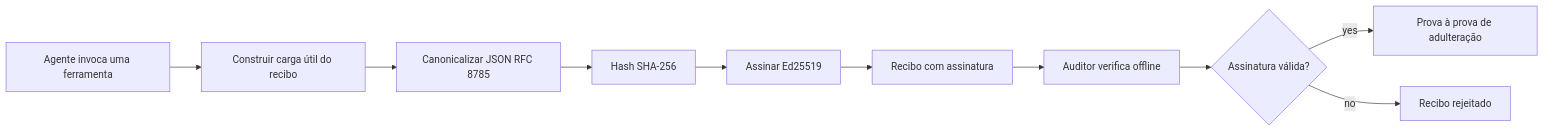
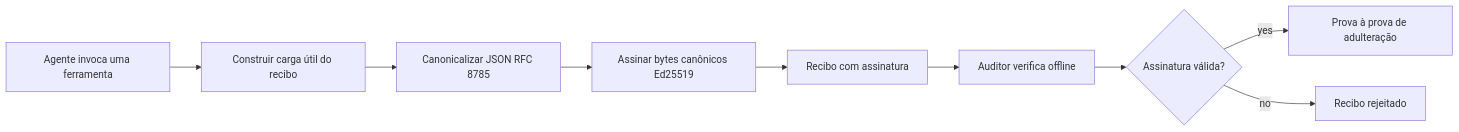
Before and after one commit to microsoft/ai-agents-for-beginners: the first of 2 diagrams in translations/pt-BR/18-securing-ai-agents/README.md, drawn with Mermaid. The commit also changed other lines of this file and 46 other files, not shown here.

````diff
--- a/translations/pt-BR/18-securing-ai-agents/README.md
+++ b/translations/pt-BR/18-securing-ai-agents/README.md
@@ -51,12 +51,11 @@
 ```mermaid
 flowchart LR
     A[Agente invoca uma ferramenta] --> B[Construir carga útil do recibo]
     B --> C[Canonicalizar JSON RFC 8785]
-    C --> D[Hash SHA-256]
-    D --> E[Assinar Ed25519]
+    C --> E[Assinar bytes canônicos Ed25519]
     E --> F[Recibo com assinatura]
     F --> G[Auditor verifica offline]
     G --> H{Assinatura válida?}
     H -- yes --> I[Prova à prova de adulteração]
     H -- no --> J[Recibo rejeitado]
 ```
````
